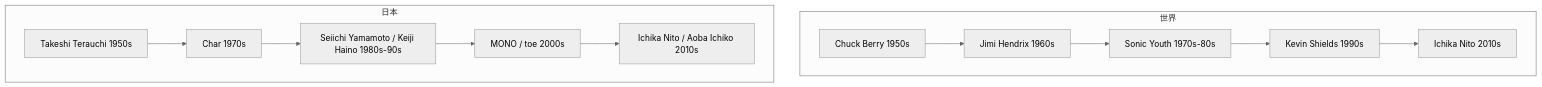
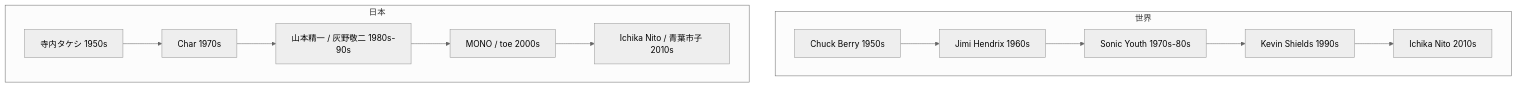
The diagram in en/_posts/2025-10-18-column-guitarists.md (monumental-movement/monumental-movement.github.io), drawn with Mermaid (neutral theme) before and after one commit. The commit also changed other lines of this file and 2196 other files, not shown here.

```diff
--- a/en/_posts/2025-10-18-column-guitarists.md
+++ b/en/_posts/2025-10-18-column-guitarists.md
@@ -224,23 +223,23 @@
 <div class="mermaid">
 
 flowchart TD
     subgraph 世界
     A1950["Chuck Berry 1950s"]
     A1960["Jimi Hendrix 1960s"]
     A1970["Sonic Youth 1970s-80s"]
     A1980["Kevin Shields 1990s"]
     A1990["Ichika Nito 2010s"]
     end
 
     subgraph 日本
-    J1950["Takeshi Terauchi 1950s"]
+    J1950["寺内タケシ 1950s"]
     J1960["Char 1970s"]
-    J1970["Seiichi Yamamoto / Keiji Haino 1980s-90s"]
+    J1970["山本精一 / 灰野敬二 1980s-90s"]
     J1980["MONO / toe 2000s"]
-    J1990["Ichika Nito / Aoba Ichiko 2010s"]
+    J1990["Ichika Nito / 青葉市子 2010s"]
     end
 
     A1950 --> A1960 --> A1970 --> A1980 --> A1990
     J1950 --> J1960 --> J1970 --> J1980 --> J1990
 
 </div>
```
